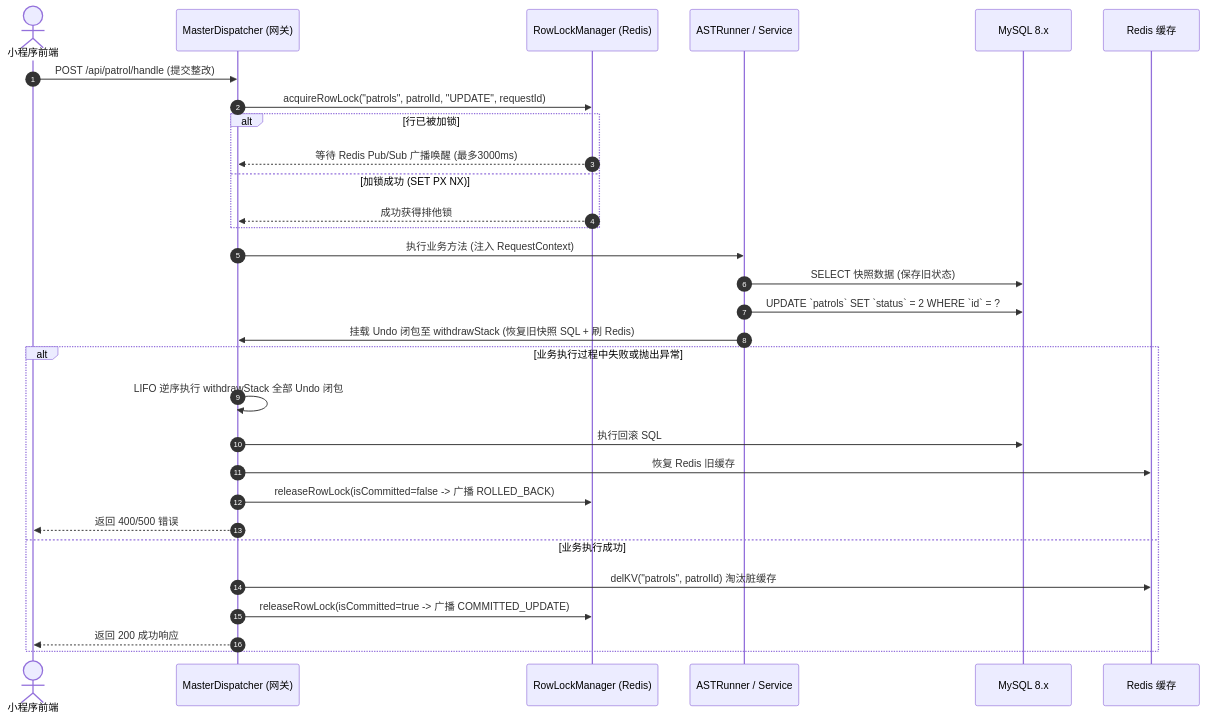
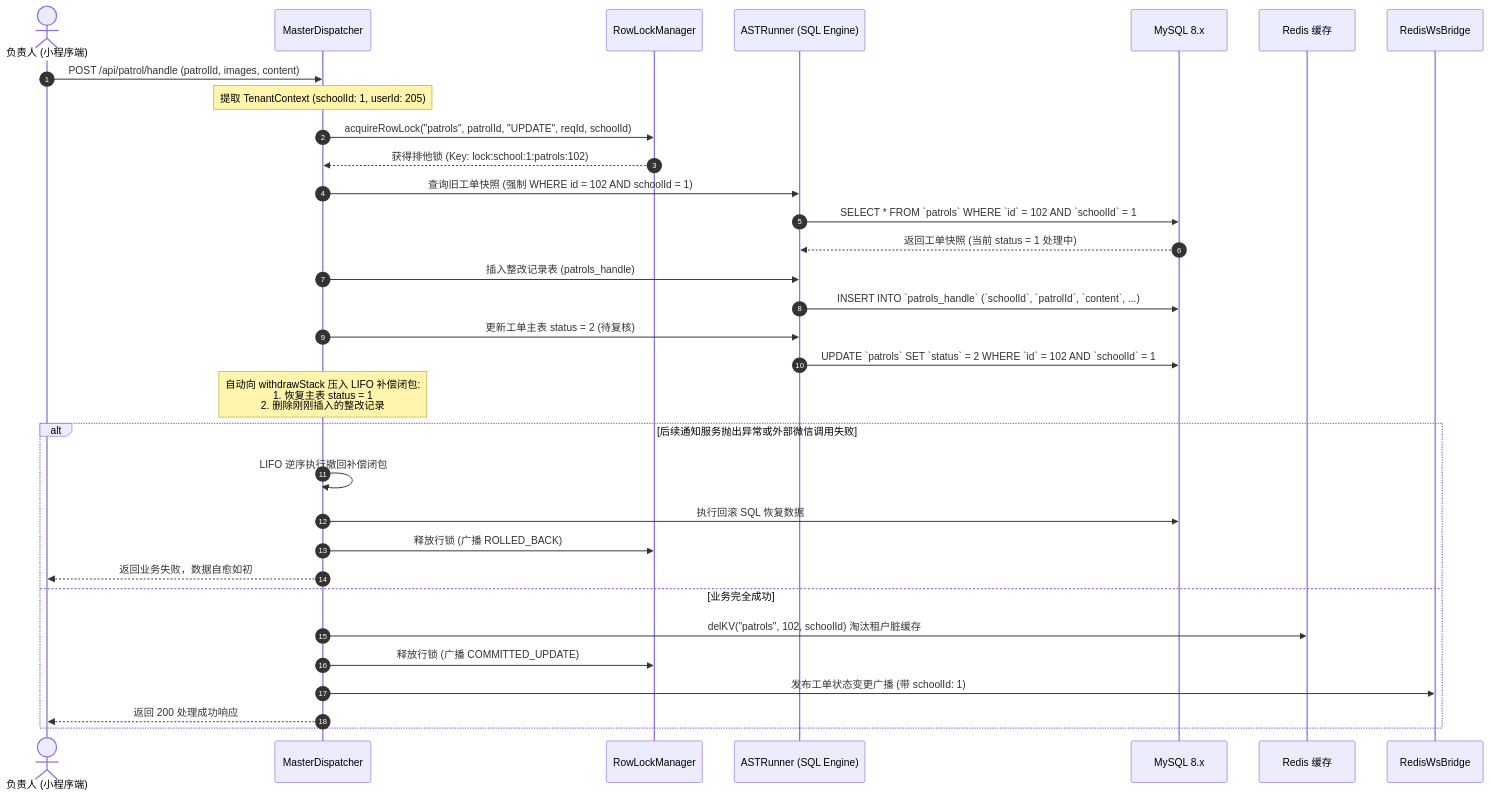
One commit to tiany-z/QuickPatrol changed diagram 12 of 14 in Docs/Backend/后勤巡查e速办v4.0新版后端架构设计与搭建方案.md. Above: the diagram before and after it, drawn with Mermaid. The commit also changed other lines of this file and 35 other files, not shown here.

````diff
--- a/Docs/Backend/后勤巡查e速办v4.0新版后端架构设计与搭建方案.md
+++ b/Docs/Backend/后勤巡查e速办v4.0新版后端架构设计与搭建方案.md
@@ -372,35 +930,41 @@
 ```mermaid
 sequenceDiagram
     autonumber
-    actor User as 小程序前端
-    participant Dispatcher as MasterDispatcher (网关)
-    participant LockMgr as RowLockManager (Redis)
-    participant Runner as ASTRunner / Service
+    actor Handler as 负责人 (小程序端)
+    participant Dispatcher as MasterDispatcher
+    participant LockMgr as RowLockManager
+    participant AST as ASTRunner (SQL Engine)
     participant DB as MySQL 8.x
     participant Cache as Redis 缓存
+    participant WS as RedisWsBridge
 
-    User->>Dispatcher: POST /api/patrol/handle (提交整改)
-    Dispatcher->>LockMgr: acquireRowLock("patrols", patrolId, "UPDATE", requestId)
-    alt 行已被加锁
-        LockMgr-->>Dispatcher: 等待 Redis Pub/Sub 广播唤醒 (最多3000ms)
-    else 加锁成功 (SET PX NX)
-        LockMgr-->>Dispatcher: 成功获得排他锁
-    end
-
-    Dispatcher->>Runner: 执行业务方法 (注入 RequestContext)
-    Runner->>DB: SELECT 快照数据 (保存旧状态)
-    Runner->>DB: UPDATE `patrols` SET `status` = 2 WHERE `id` = ?
-    Runner->>Dispatcher: 挂载 Undo 闭包至 withdrawStack (恢复旧快照 SQL + 刷 Redis)
+    Handler->>Dispatcher: POST /api/patrol/handle (patrolId, images, content)
+    Note over Dispatcher: 提取 TenantContext (schoolId: 1, userId: 205)
     
-    alt 业务执行过程中失败或抛出异常
-        Dispatcher->>Dispatcher: LIFO 逆序执行 withdrawStack 全部 Undo 闭包
-        Dispatcher->>DB: 执行回滚 SQL
-        Dispatcher->>Cache: 恢复 Redis 旧缓存
-        Dispatcher->>LockMgr: releaseRowLock(isCommitted=false -> 广播 ROLLED_BACK)
-        Dispatcher-->>User: 返回 400/500 错误
-    else 业务执行成功
-        Dispatcher->>Cache: delKV("patrols", patrolId) 淘汰脏缓存
-        Dispatcher->>LockMgr: releaseRowLock(isCommitted=true -> 广播 COMMITTED_UPDATE)
-        Dispatcher-->>User: 返回 200 成功响应
+    Dispatcher->>LockMgr: acquireRowLock("patrols", patrolId, "UPDATE", reqId, schoolId)
+    LockMgr-->>Dispatcher: 获得排他锁 (Key: lock:school:1:patrols:102)
+    
+    Dispatcher->>AST: 查询旧工单快照 (强制 WHERE id = 102 AND schoolId = 1)
+    AST->>DB: SELECT * FROM `patrols` WHERE `id` = 102 AND `schoolId` = 1
+    DB-->>AST: 返回工单快照 (当前 status = 1 处理中)
+    
+    Dispatcher->>AST: 插入整改记录表 (patrols_handle)
+    AST->>DB: INSERT INTO `patrols_handle` (`schoolId`, `patrolId`, `content`, ...)
+    
+    Dispatcher->>AST: 更新工单主表 status = 2 (待复核)
+    AST->>DB: UPDATE `patrols` SET `status` = 2 WHERE `id` = 102 AND `schoolId` = 1
+    
+    Note over Dispatcher: 自动向 withdrawStack 压入 LIFO 补偿闭包:<br/>1. 恢复主表 status = 1<br/>2. 删除刚刚插入的整改记录
+    
+    alt 后续通知服务抛出异常或外部微信调用失败
+        Dispatcher->>Dispatcher: LIFO 逆序执行撤回补偿闭包
+        Dispatcher->>DB: 执行回滚 SQL 恢复数据
+        Dispatcher->>LockMgr: 释放行锁 (广播 ROLLED_BACK)
+        Dispatcher-->>Handler: 返回业务失败，数据自愈如初
+    else 业务完全成功
+        Dispatcher->>Cache: delKV("patrols", 102, schoolId) 淘汰租户脏缓存
+        Dispatcher->>LockMgr: 释放行锁 (广播 COMMITTED_UPDATE)
+        Dispatcher->>WS: 发布工单状态变更广播 (带 schoolId: 1)
+        Dispatcher-->>Handler: 返回 200 处理成功响应
     end
 ```
````
